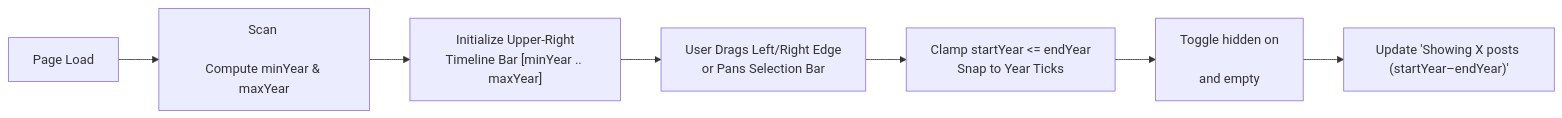
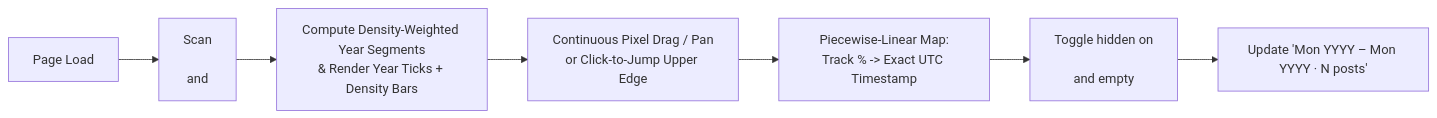
The diagram in design/rfd-0004-interactive-year-range-timeline-bar.md (cokesme/rss), drawn with Mermaid before and after one commit. The commit also changed other lines of this file and 2 other files, not shown here.

Commit message:
Smooth density-weighted timeline bar with month readout (RFD 0004)

````diff
--- a/design/rfd-0004-interactive-year-range-timeline-bar.md
+++ b/design/rfd-0004-interactive-year-range-timeline-bar.md
@@ -62,9 +62,9 @@
 ```mermaid
 flowchart LR
-    Init["Page Load"] --> Scan["Scan <article data-year='YYYY'>\nCompute minYear & maxYear"]
-    Scan --> RenderBar["Initialize Upper-Right\nTimeline Bar [minYear .. maxYear]"]
-    RenderBar --> Drag["User Drags Left/Right Edge\nor Pans Selection Bar"]
-    Drag --> Clamp["Clamp startYear <= endYear\nSnap to Year Ticks"]
-    Clamp --> Filter["Toggle hidden on <article>\nand empty <div class='day'>"]
-    Filter --> Count["Update 'Showing X posts (startYear–endYear)'"]
+    Init["Page Load"] --> Scan["Scan <article data-year='YYYY'>\nand <time datetime='...'>"]
+    Scan --> Layout["Compute Density-Weighted Year Segments\n& Render Year Ticks + Density Bars"]
+    Layout --> Drag["Continuous Pixel Drag / Pan\nor Click-to-Jump Upper Edge"]
+    Drag --> Map["Piecewise-Linear Map:\nTrack % -> Exact UTC Timestamp"]
+    Map --> Filter["Toggle hidden on <article>\nand empty <div class='day'>"]
+    Filter --> Count["Update 'Mon YYYY – Mon YYYY · N posts'"]
 ```
````
